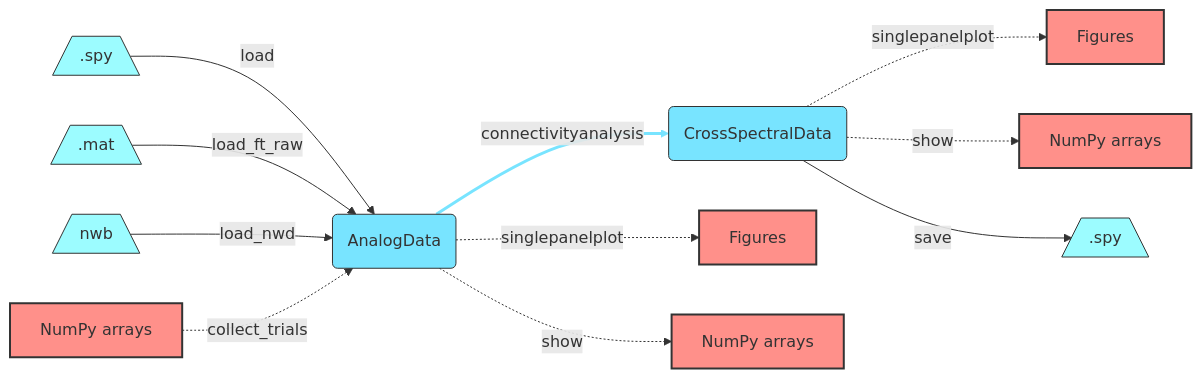
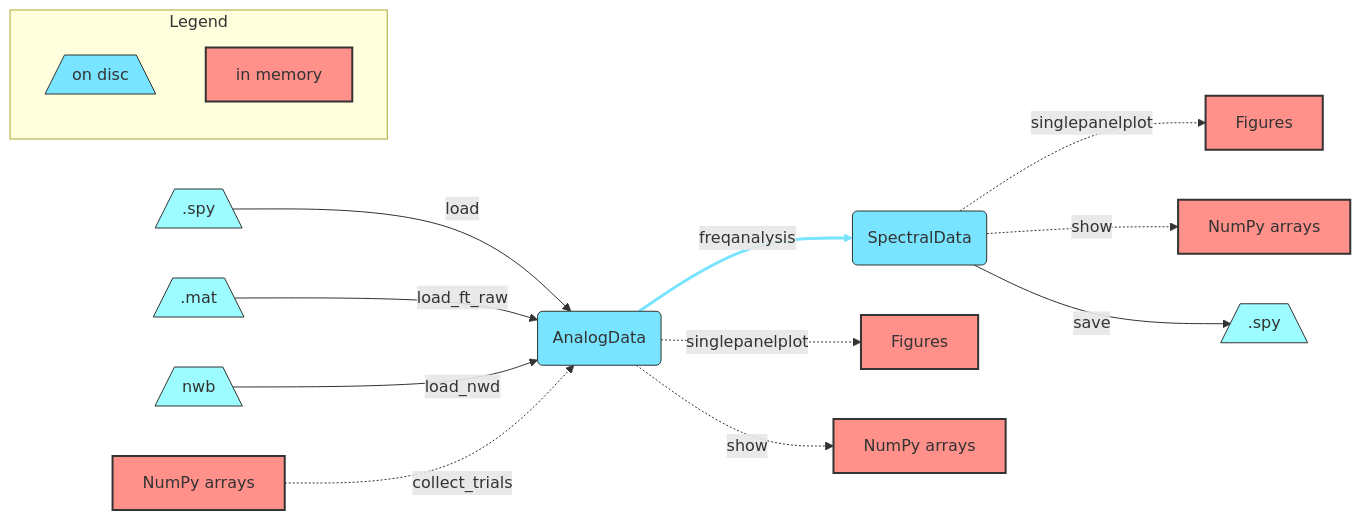
The diagram in doc/source/user/work-flow.mmd (esi-neuroscience/syncopy), drawn with Mermaid before and after one commit.

Commit message:
DOC: Update workflow chart
- added a legend and changed to freqanalysis

On branch doc-sprint2212
Changes to be committed:
	modified:   doc/source/user/work-flow.mmd

```diff
--- a/doc/source/user/work-flow.mmd
+++ b/doc/source/user/work-flow.mmd
@@ -1,20 +1,27 @@
 graph LR
     classDef MEM fill:#ff908a,stroke:#333,stroke-width:2px;
     classDef DISC fill:#78e4ff,stroke:#333,stroke-width:1px;
-    classDef default fill:#9cfcff,stroke:#333,stroke-width:1px;
-    
+    classDef Other fill:#9cfcff,stroke:#333,stroke-width:1px;
+
     spyRead[/.spy\] -->|load| Data
     FTread[/.mat\] -->|load_ft_raw| Data
     NWBread[/nwb\] -->|load_nwd| Data
     npInput[NumPy arrays] -.->|collect_trials| Data(AnalogData)
-        
-    Data -->|connectivityanalysis| CData(CrossSpectralData)
+
+    Data -->|freqanalysis| SData(SpectralData)
     Data -.-> |singlepanelplot|PlotD1[Figures]
     Data -.-> |show| ShowD1[NumPy arrays]
-    
-    CData -.-> |singlepanelplot|PlotD[Figures]
-    CData -.-> |show| ShowD2[NumPy arrays]
-    CData --> |save| SaveD2[/.spy\]
+
+    SData -.-> |singlepanelplot|PlotD[Figures]
+    SData -.-> |show| ShowD2[NumPy arrays]
+    SData --> |save| SaveD2[/.spy\]
+
     class npInput,PlotD,ShowD1,PlotD1,ShowD2,PlotD2 MEM;
-    class Data,CData DISC;
+    class Data,SData DISC;
+    class spyRead,FTread,NWBread,SaveD2 Other;
     linkStyle 4 stroke:#78e4ff,stroke-width:3px;
+
+    subgraph one [ Legend ]
+    disc[/on disc\]:::DISC
+    mem[in memory]:::MEM
+    end 
```
